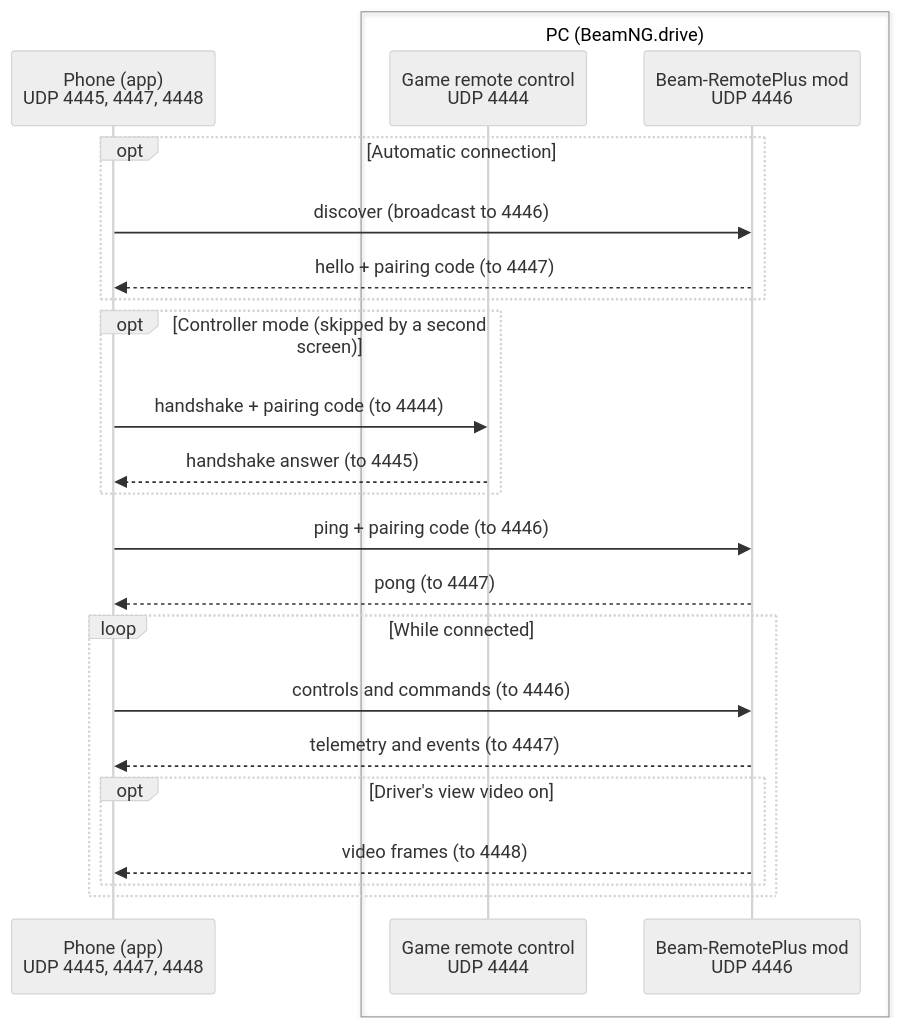
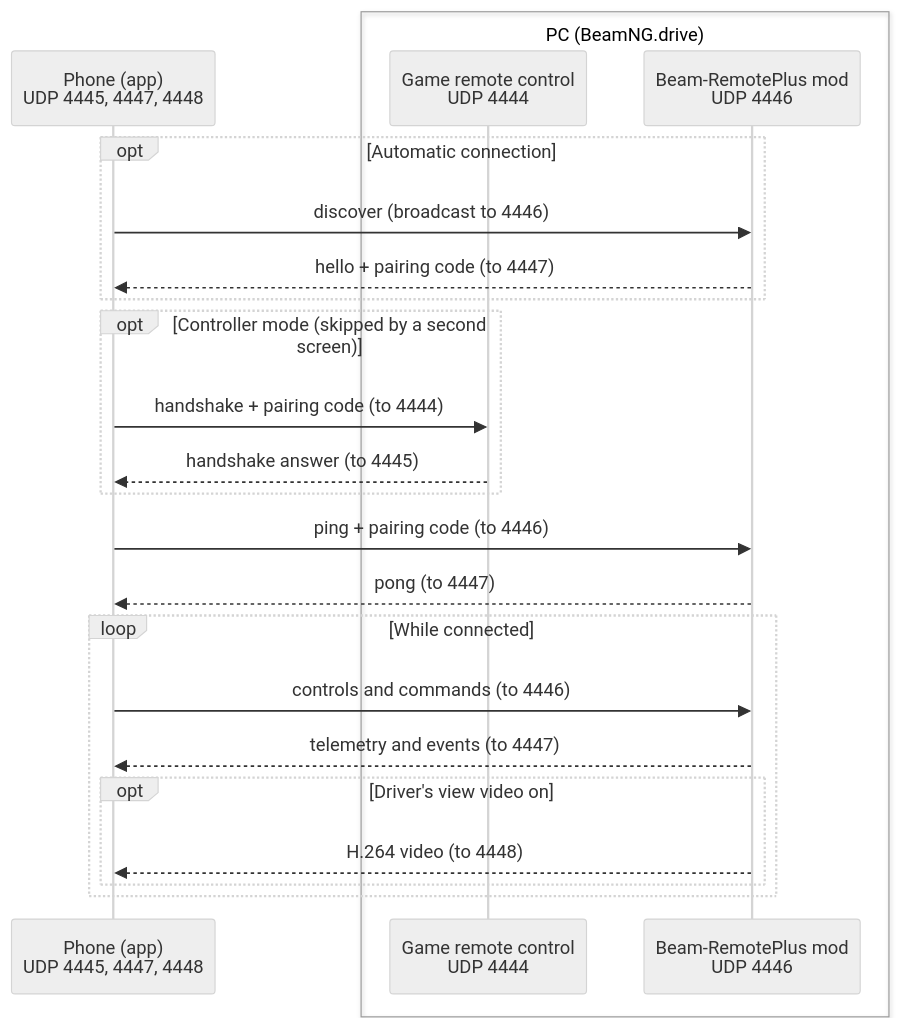
The diagram in README.md (LucienLassalle/Beam-RemotePlus-Mobile), drawn with Mermaid (neutral theme) before and after one commit. The commit also changed other lines of this file, not shown here.

Commit message:
docs(readme): H.264 driver's view video

````diff
--- a/README.md
+++ b/README.md
@@ -133,25 +136,25 @@
 ```mermaid
 sequenceDiagram
     participant P as Phone (app)<br/>UDP 4445, 4447, 4448
     box PC (BeamNG.drive)
         participant G as Game remote control<br/>UDP 4444
         participant M as Beam-RemotePlus mod<br/>UDP 4446
     end
     opt Automatic connection
         P->>M: discover (broadcast to 4446)
         M-->>P: hello + pairing code (to 4447)
     end
     opt Controller mode (skipped by a second screen)
         P->>G: handshake + pairing code (to 4444)
         G-->>P: handshake answer (to 4445)
     end
     P->>M: ping + pairing code (to 4446)
     M-->>P: pong (to 4447)
     loop While connected
         P->>M: controls and commands (to 4446)
         M-->>P: telemetry and events (to 4447)
         opt Driver's view video on
-            M-->>P: video frames (to 4448)
+            M-->>P: H.264 video (to 4448)
         end
     end
 ```
````
